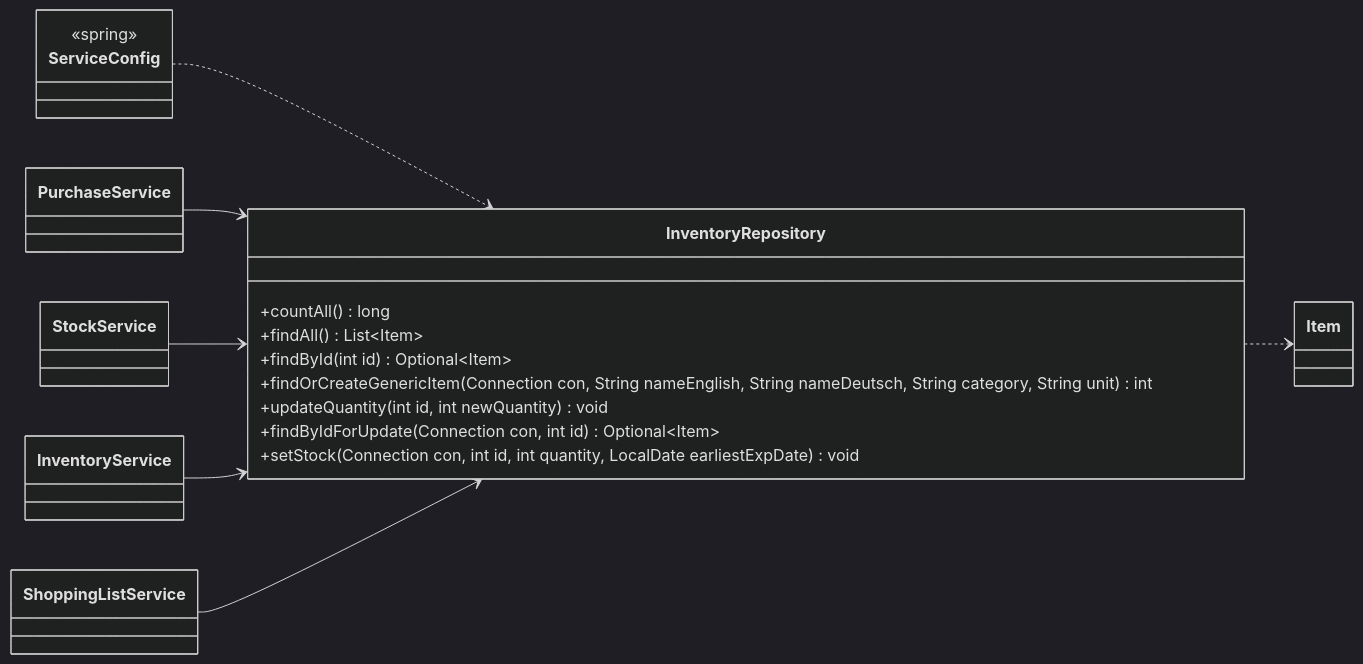
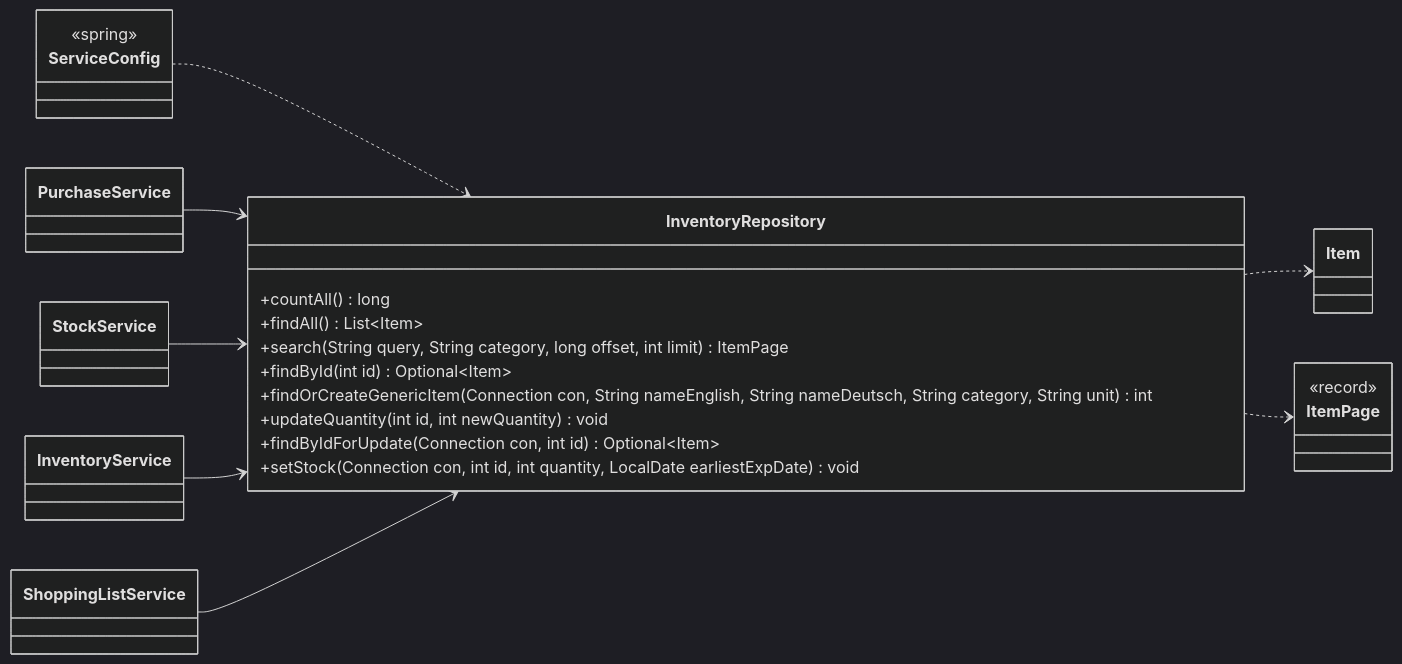
The second of 5 diagrams in docs/classes/inventory.md (Nate-ryan-7690/dahaem), drawn with Mermaid (dark theme) before and after one commit. The commit also changed other lines of this file and 6 other files, not shown here.

````diff
--- a/docs/classes/inventory.md
+++ b/docs/classes/inventory.md
@@ -37,27 +44,32 @@
 ```mermaid
 classDiagram
     direction LR
     class inventory_InventoryRepository["InventoryRepository"] {
         +countAll() long
         +findAll() List~Item~
+        +search(String query, String category, long offset, int limit) ItemPage
         +findById(int id) Optional~Item~
         +findOrCreateGenericItem(Connection con, String nameEnglish, String nameDeutsch, String category, String unit) int
         +updateQuantity(int id, int newQuantity) void
         +findByIdForUpdate(Connection con, int id) Optional~Item~
         +setStock(Connection con, int id, int quantity, LocalDate earliestExpDate) void
     }
     class finance_PurchaseService["PurchaseService"]
     class finance_StockService["StockService"]
     class inventory_InventoryService["InventoryService"]
     class shopping_ShoppingListService["ShoppingListService"]
     class inventory_Item["Item"]
+    class inventory_ItemPage["ItemPage"] {
+        <<record>>
+    }
     class api_ServiceConfig["ServiceConfig"] {
         <<spring>>
     }
     inventory_InventoryRepository ..> inventory_Item
+    inventory_InventoryRepository ..> inventory_ItemPage
     api_ServiceConfig ..> inventory_InventoryRepository
     finance_PurchaseService --> inventory_InventoryRepository
     finance_StockService --> inventory_InventoryRepository
     inventory_InventoryService --> inventory_InventoryRepository
     shopping_ShoppingListService --> inventory_InventoryRepository
 ```
````
